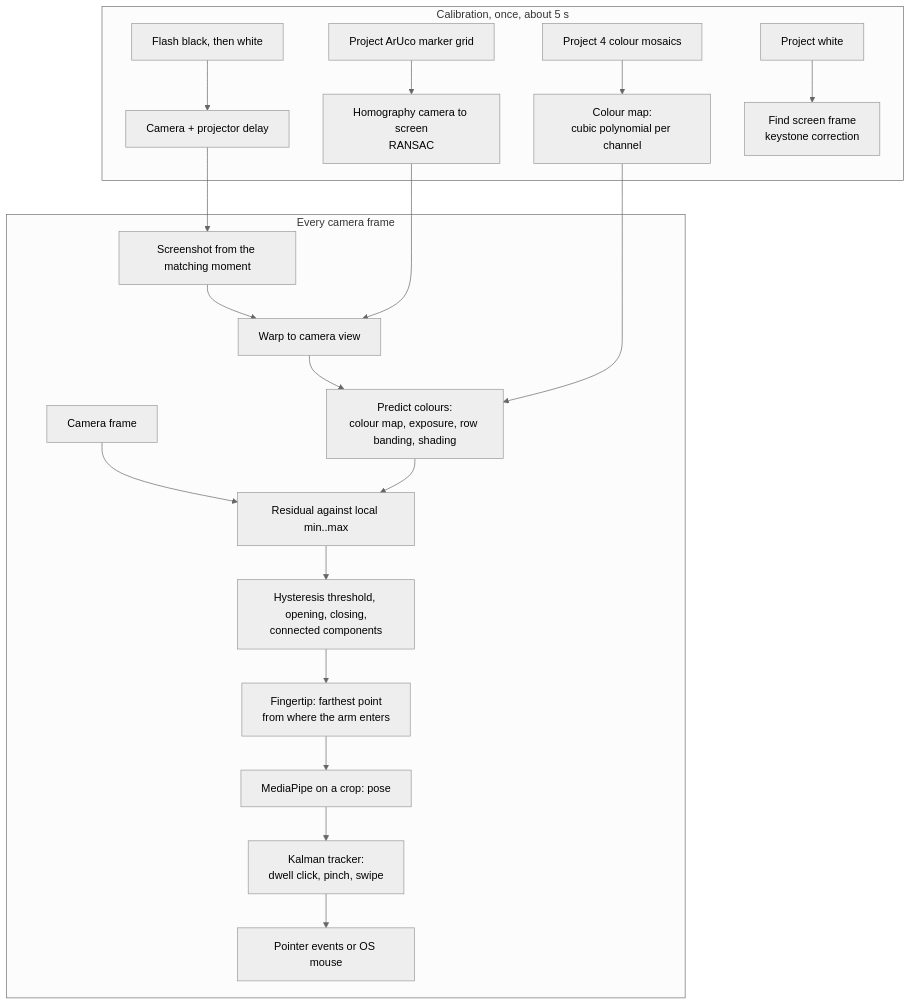
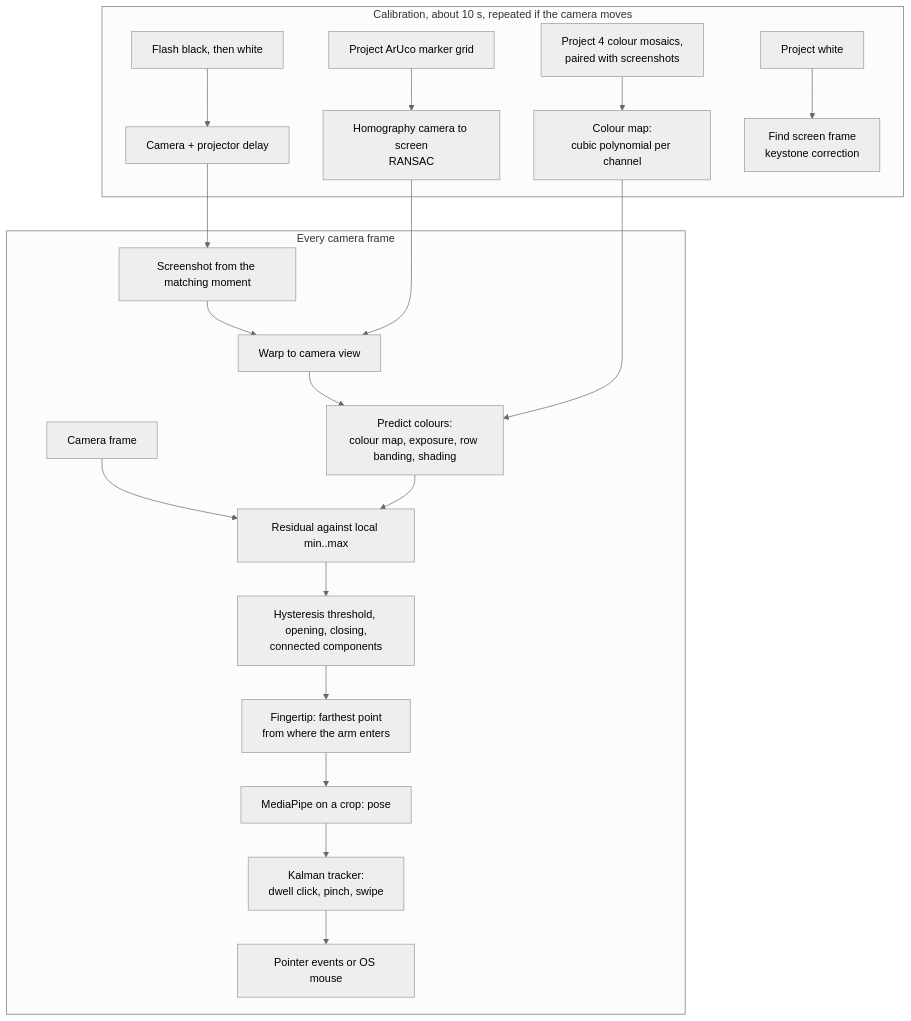
The diagram in docs/report.md (jweaker/visiontouch), drawn with Mermaid (neutral theme) before and after one commit. The commit also changed other lines of this file and 26 other files, not shown here.

````diff
--- a/docs/report.md
+++ b/docs/report.md
@@ -79,22 +79,22 @@
 ```mermaid
 flowchart TB
-    subgraph Calibration [Calibration, once, about 5 s]
+    subgraph Calibration [Calibration, about 10 s, repeated if the camera moves]
         C1[Project ArUco marker grid] --> C2[Homography camera to screen<br/>RANSAC]
-        C3[Project 4 colour mosaics] --> C4[Colour map:<br/>cubic polynomial per channel]
+        C3[Project 4 colour mosaics,<br/>paired with screenshots] --> C4[Colour map:<br/>cubic polynomial per channel]
         C5[Flash black, then white] --> C6[Camera + projector delay]
         C7[Project white] --> C8[Find screen frame<br/>keystone correction]
     end
     subgraph Frame [Every camera frame]
         F1[Camera frame] --> F5
         F2[Screenshot from the matching moment] --> F3[Warp to camera view] --> F4[Predict colours:<br/>colour map, exposure, row banding, shading]
         F4 --> F5[Residual against local min..max]
         F5 --> F6[Hysteresis threshold, opening, closing,<br/>connected components]
         F6 --> F7[Fingertip: farthest point<br/>from where the arm enters]
         F7 --> F8[MediaPipe on a crop: pose]
         F8 --> F9[Kalman tracker:<br/>dwell click, pinch, swipe]
         F9 --> F10[Pointer events or OS mouse]
     end
     C2 --> F3
     C4 --> F4
     C6 --> F2
 ```
````
